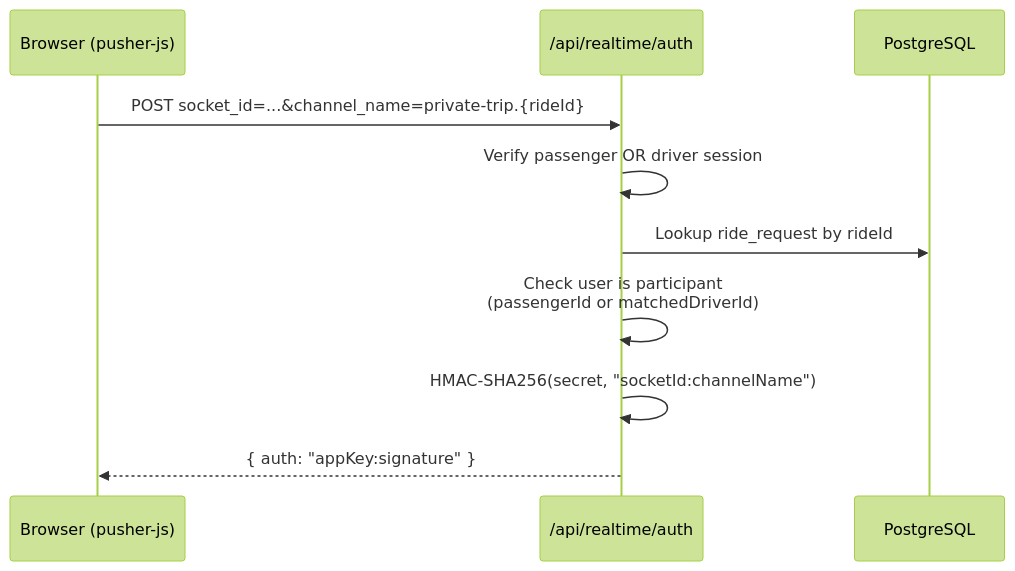
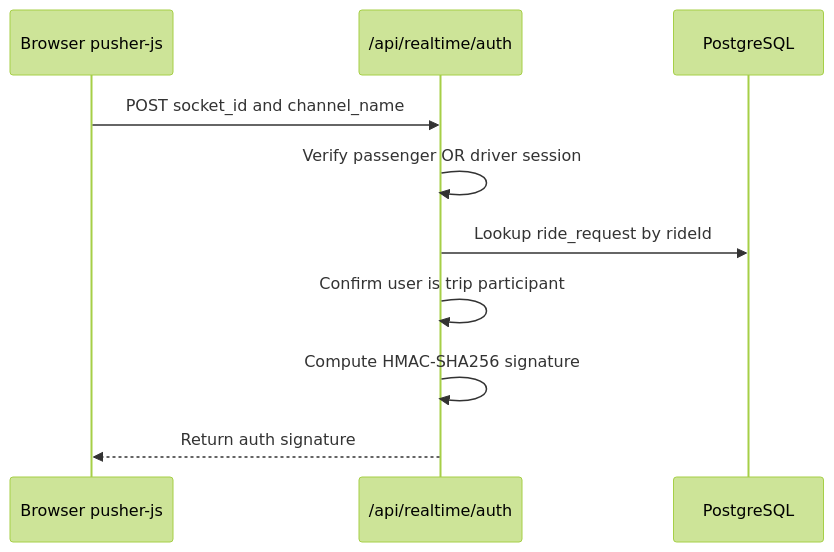
Diagram 15 of 23 in documentation.md (Amanuel-Ayal3w/ECRP), drawn with Mermaid (forest theme) before and after one commit. The commit also changed other lines of this file, not shown here.

First line of the commit message:
Fix Mermaid GitHub rendering and add detailed explanations

````diff
--- a/documentation.md
+++ b/documentation.md
@@ -958,13 +982,13 @@
 ```mermaid
 sequenceDiagram
-    participant Client as Browser (pusher-js)
+    participant Client as Browser pusher-js
     participant Auth as /api/realtime/auth
     participant DB as PostgreSQL
 
-    Client->>Auth: POST socket_id=...&channel_name=private-trip.{rideId}
+    Client->>Auth: POST socket_id and channel_name
     Auth->>Auth: Verify passenger OR driver session
     Auth->>DB: Lookup ride_request by rideId
-    Auth->>Auth: Check user is participant<br/>(passengerId or matchedDriverId)
-    Auth->>Auth: HMAC-SHA256(secret, "socketId:channelName")
-    Auth-->>Client: { auth: "appKey:signature" }
+    Auth->>Auth: Confirm user is trip participant
+    Auth->>Auth: Compute HMAC-SHA256 signature
+    Auth-->>Client: Return auth signature
 ```
````
